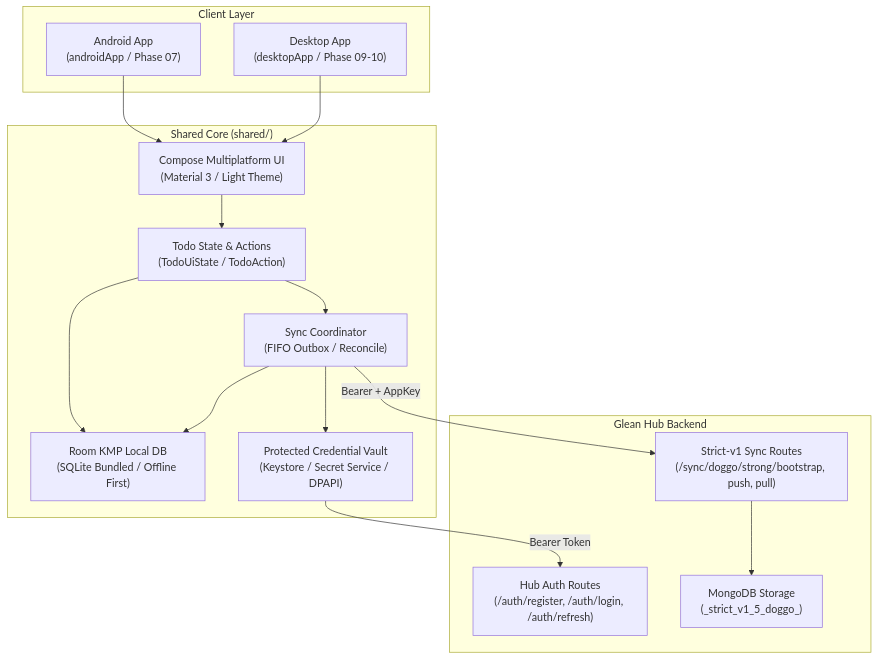
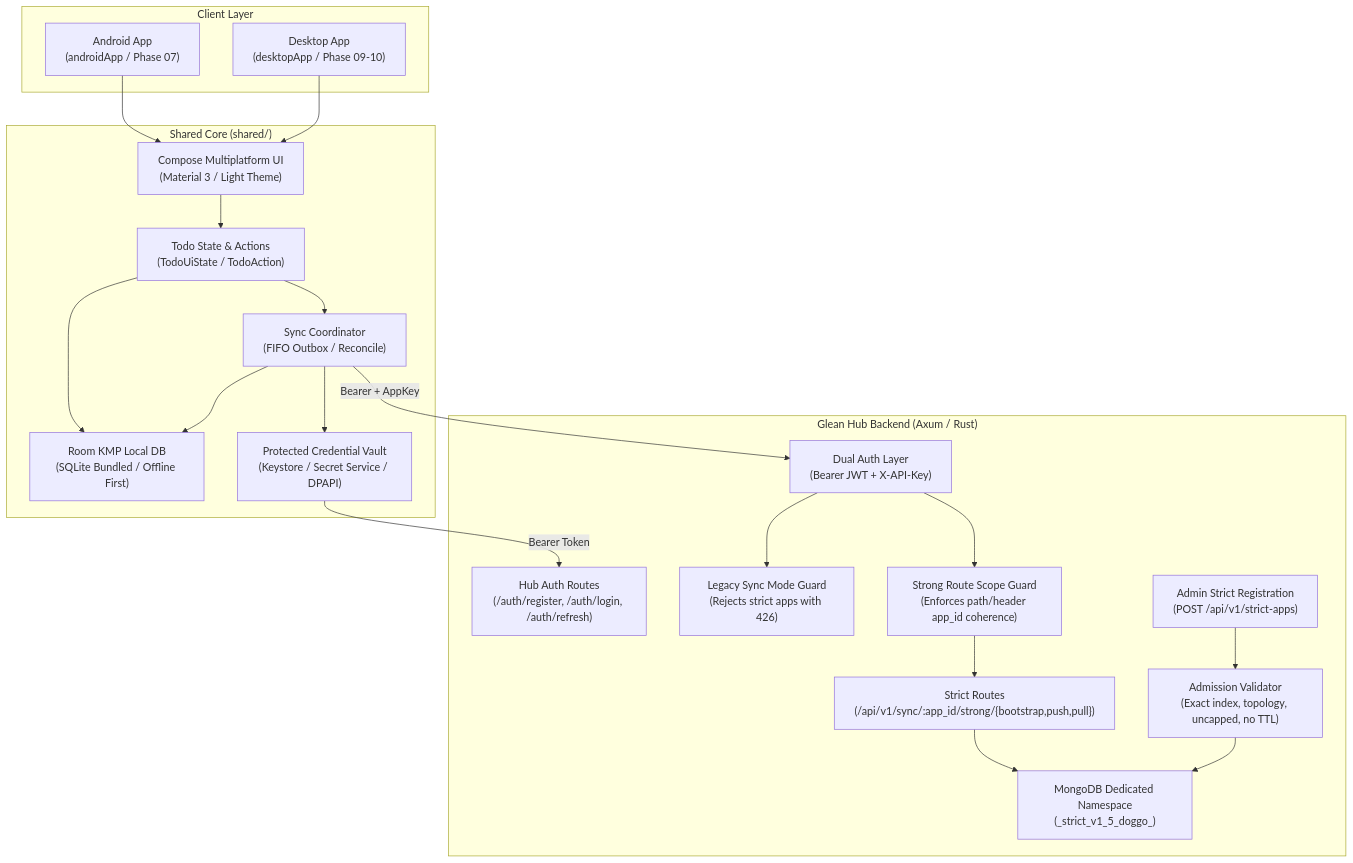
Before and after one commit to loidinhm31/tabby-rush: the second of 2 diagrams in docs/system-architecture.md, drawn with Mermaid. The commit also changed other lines of this file and 20 other files, not shown here.

Commit message:
feat(sync): implement strict server compatibility and legacy isolation

````diff
--- a/docs/system-architecture.md
+++ b/docs/system-architecture.md
@@ -105,32 +104,42 @@
 ```mermaid
 flowchart TD
   subgraph ClientApp["Client Layer"]
     AndroidApp["Android App\n(androidApp / Phase 07)"]
     DesktopApp["Desktop App\n(desktopApp / Phase 09-10)"]
   end
 
   subgraph SharedKMP["Shared Core (shared/)"]
     UI["Compose Multiplatform UI\n(Material 3 / Light Theme)"]
     State["Todo State & Actions\n(TodoUiState / TodoAction)"]
     Coordinator["Sync Coordinator\n(FIFO Outbox / Reconcile)"]
     RoomDB["Room KMP Local DB\n(SQLite Bundled / Offline First)"]
     Vault["Protected Credential Vault\n(Keystore / Secret Service / DPAPI)"]
   end
 
-  subgraph HubBackend["Glean Hub Backend"]
+  subgraph HubBackend["Glean Hub Backend (Axum / Rust)"]
     AuthRoutes["Hub Auth Routes\n(/auth/register, /auth/login, /auth/refresh)"]
-    StrictSync["Strict-v1 Sync Routes\n(/sync/doggo/strong/bootstrap, push, pull)"]
-    MongoDB["MongoDB Storage\n(_strict_v1_5_doggo_<epoch>)"]
+    DualAuth["Dual Auth Layer\n(Bearer JWT + X-API-Key)"]
+    LegacyGuard["Legacy Sync Mode Guard\n(Rejects strict apps with 426)"]
+    ScopeGuard["Strong Route Scope Guard\n(Enforces path/header app_id coherence)"]
+    StrictRoutes["Strict Routes\n(/api/v1/sync/:app_id/strong/{bootstrap,push,pull})"]
+    AdminStrict["Admin Strict Registration\n(POST /api/v1/strict-apps)"]
+    AdmissionHelper["Admission Validator\n(Exact index, topology, uncapped, no TTL)"]
+    MongoDB["MongoDB Dedicated Namespace\n(_strict_v1_5_doggo_<epoch>)"]
   end
 
   AndroidApp --> UI
   DesktopApp --> UI
   UI --> State
   State --> RoomDB
   State --> Coordinator
   Coordinator --> RoomDB
   Coordinator --> Vault
-  Coordinator -->|Bearer + AppKey| StrictSync
+  Coordinator -->|Bearer + AppKey| DualAuth
   Vault -->|Bearer Token| AuthRoutes
-  StrictSync --> MongoDB
+  DualAuth --> ScopeGuard
+  ScopeGuard --> StrictRoutes
+  StrictRoutes --> MongoDB
+  DualAuth --> LegacyGuard
+  AdminStrict --> AdmissionHelper
+  AdmissionHelper --> MongoDB
 ```
````
